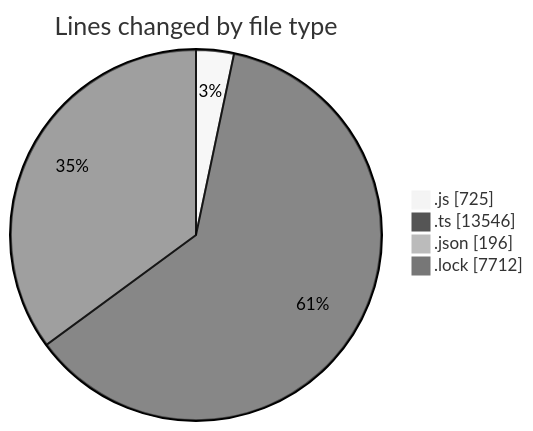
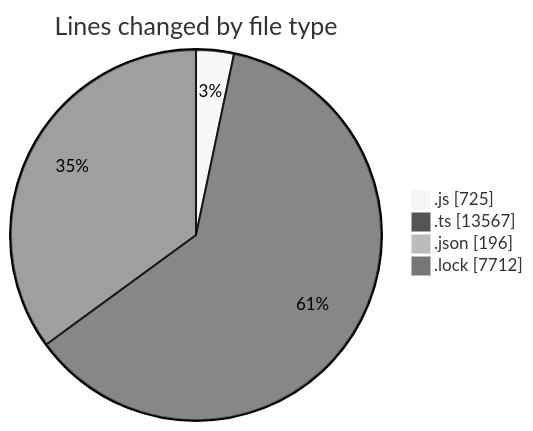
The first of 2 diagrams in 2025-05-29/cda/README.md (momahboobian/code-tracking), drawn with Mermaid (neutral theme) before and after one commit. The commit also changed other lines of this file and 1 other file, not shown here.

````diff
--- a/2025-05-29/cda/README.md
+++ b/2025-05-29/cda/README.md
@@ -36,8 +36,8 @@
 ```mermaid
 pie showData
 title Lines changed by file type
 ".js" : 725
-".ts" : 13546
+".ts" : 13567
 ".json" : 196
 ".lock" : 7712
 ```
````
